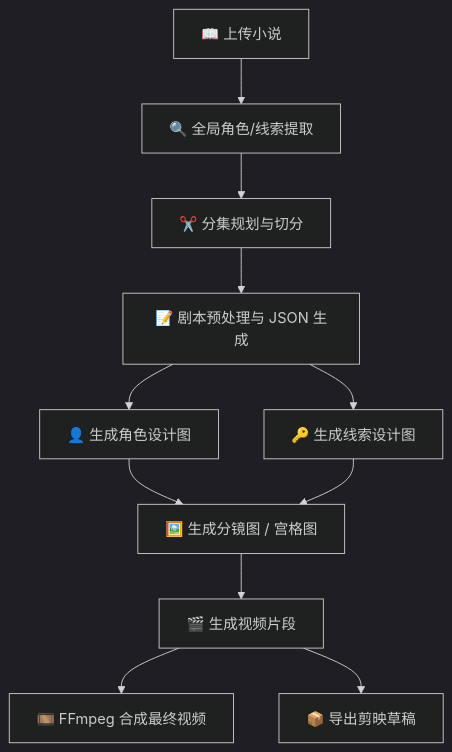
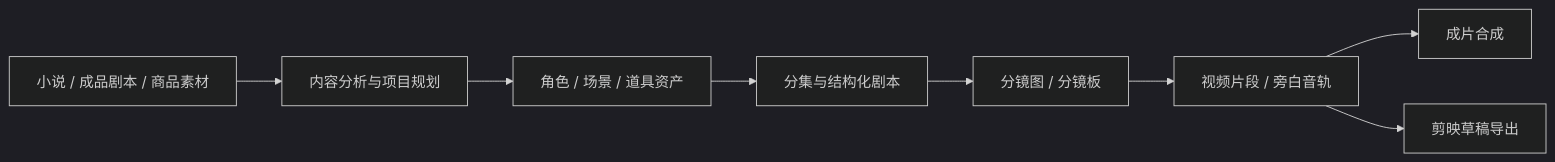
Before and after one commit to ArcReel/ArcReel: the first of 2 diagrams in README.md, drawn with Mermaid (dark theme). The commit also changed other lines of this file and 9 other files, not shown here.

````diff
--- a/README.md
+++ b/README.md
@@ -78,13 +88,10 @@
 ```mermaid
-graph TD
-    A["📖 上传小说"] --> B["🔍 全局角色/线索提取"]
-    B --> C["✂️ 分集规划与切分"]
-    C --> D["📝 剧本预处理与 JSON 生成"]
-    D --> E["👤 生成角色设计图"]
-    D --> F["🔑 生成线索设计图"]
-    E --> G["🖼️ 生成分镜图 / 宫格图"]
-    F --> G
-    G --> H["🎬 生成视频片段"]
-    H --> I["🎞️ FFmpeg 合成最终视频"]
-    H --> J["📦 导出剪映草稿"]
+flowchart LR
+    A["小说 / 成品剧本 / 商品素材"] --> B["内容分析与项目规划"]
+    B --> C["角色 / 场景 / 道具资产"]
+    C --> D["分集与结构化剧本"]
+    D --> E["分镜图 / 分镜板"]
+    E --> F["视频片段 / 旁白音轨"]
+    F --> G["成片合成"]
+    F --> H["剪映草稿导出"]
 ```
````
